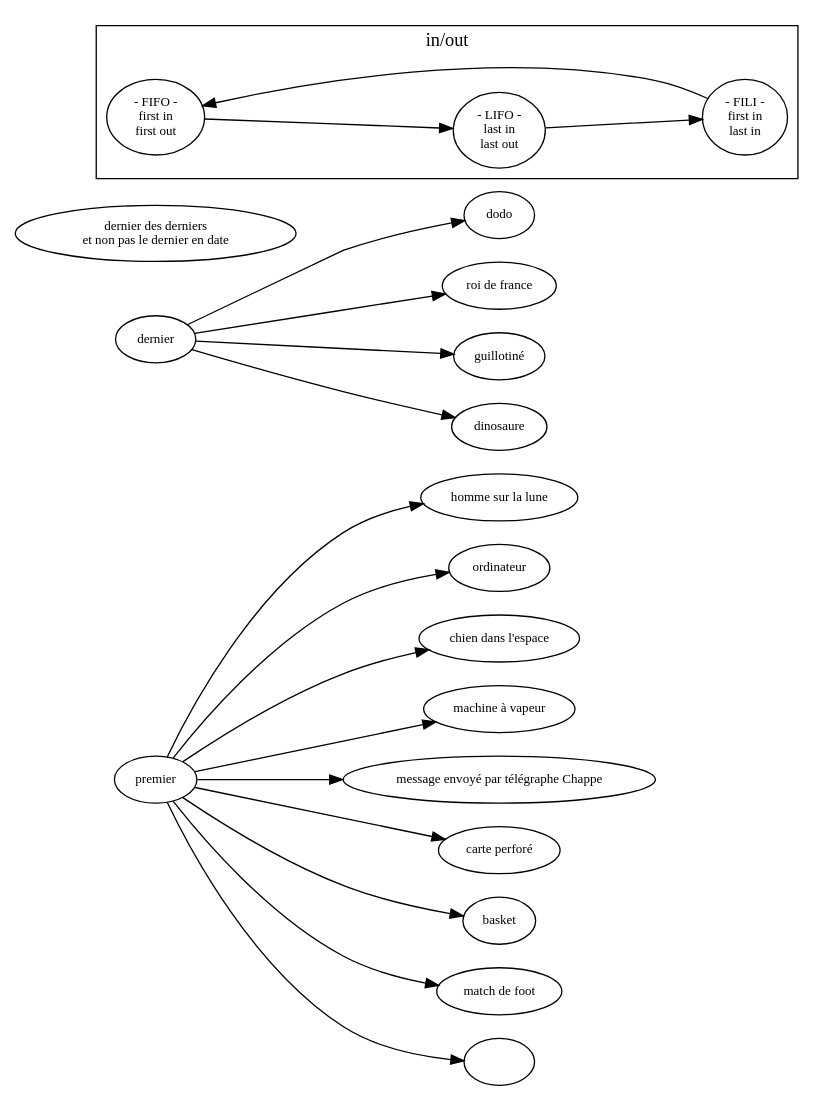
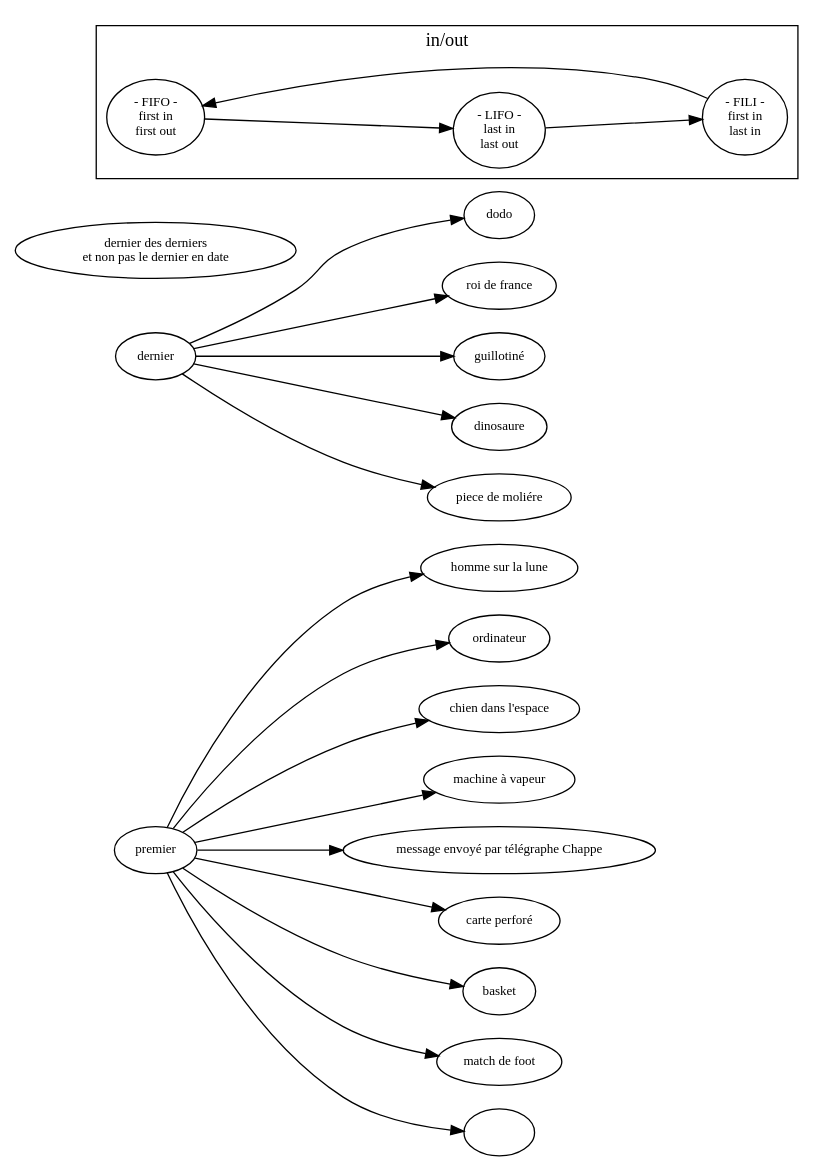
One commit to ensad-nancy/first-last changed the diagram in sujet.dot. Above: the diagram before and after it, drawn with Graphviz.

Commit message:
+	last -> "piece de moliére"

```diff
--- a/sujet.dot
+++ b/sujet.dot
@@ -1,40 +1,41 @@
 digraph {
 
 	fontname="myriadpro"
 	fontsize = 14
 	rankdir="LR"
 	node [fontname="myriadpro", fontsize = 10]
 	edge [fontname="monaco", fontsize = 9]
 	
 	first [label="premier"]
 	last [label="dernier"]
 	
 	"dernier des derniers\n et non pas le dernier en date" 
 
 	first -> "homme sur la lune"
 	first -> "ordinateur"
 	first -> "chien dans l'espace"
 	first -> "machine à vapeur"
 	first -> "message envoyé par télégraphe Chappe"
 	first -> "carte perforé"
 	first -> "basket"
 	first -> "match de foot"
 	first -> ""
 	
 	last -> dodo
 	last -> "roi de france"
 	last -> "guillotiné"
 	last -> "dinosaure"
+	last -> "piece de moliére"
 
 	subgraph cluster_FO{
 	
 		label="in/out"
 		
 		FIFO [label="- FIFO -\nfirst in\nfirst out"]
 		LIFO [label="- LIFO -\nlast in\nlast out"]
 		FILI [label="- FILI -\nfirst in\n last in"]
 
 		FILI -> FIFO -> LIFO -> FILI
 	}
 	
 }
```
